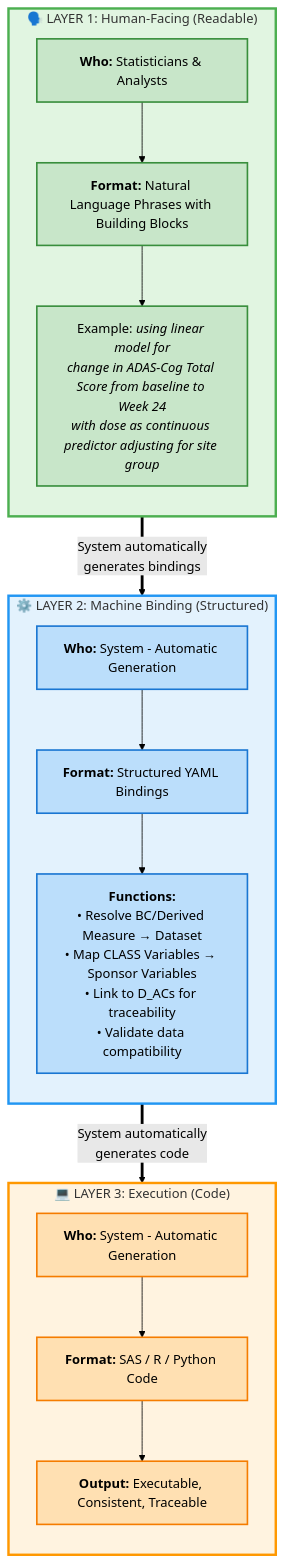
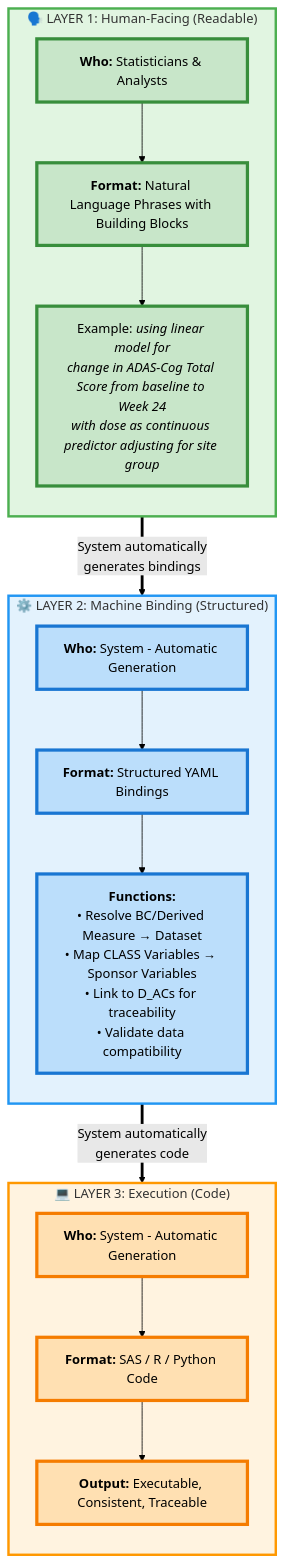
One commit to cdisc-org/analysis-concepts changed the diagram in neo4j/data/metadata/HYBRID_PHRASE_BASED_APPROACH.md. Above: the diagram before and after it, drawn with Mermaid (forest theme).

````diff
--- a/neo4j/data/metadata/HYBRID_PHRASE_BASED_APPROACH.md
+++ b/neo4j/data/metadata/HYBRID_PHRASE_BASED_APPROACH.md
@@ -15,41 +15,41 @@
 ```mermaid
 flowchart TD
     subgraph Layer1["🗣️ LAYER 1: Human-Facing (Readable)"]
         direction TB
         H1["<b>Who:</b> Statisticians & Analysts"]
         H2["<b>Format:</b> Natural Language Phrases with Building Blocks"]
         H3["Example: <i>using linear model for<br/>change in ADAS-Cog Total Score from baseline to Week 24<br/>with dose as continuous predictor adjusting for site group</i>"]
         H1 --> H2 --> H3
     end
 
     subgraph Layer2["⚙️ LAYER 2: Machine Binding (Structured)"]
         direction TB
         M1["<b>Who:</b> System - Automatic Generation"]
         M2["<b>Format:</b> Structured YAML Bindings"]
         M3["<b>Functions:</b><br/>• Resolve BC/Derived Measure → Dataset<br/>• Map CLASS Variables → Sponsor Variables<br/>• Link to D_ACs for traceability<br/>• Validate data compatibility"]
         M1 --> M2 --> M3
     end
 
     subgraph Layer3["💻 LAYER 3: Execution (Code)"]
         direction TB
         E1["<b>Who:</b> System - Automatic Generation"]
         E2["<b>Format:</b> SAS / R / Python Code"]
         E3["<b>Output:</b> Executable, Consistent, Traceable"]
         E1 --> E2 --> E3
     end
 
     Layer1 ==>|"System automatically<br/>generates bindings"| Layer2
     Layer2 ==>|"System automatically<br/>generates code"| Layer3
 
     style Layer1 fill:#e1f5e1,stroke:#4caf50,stroke-width:3px
     style Layer2 fill:#e3f2fd,stroke:#2196f3,stroke-width:3px
     style Layer3 fill:#fff3e0,stroke:#ff9800,stroke-width:3px
 
-    classDef humanBox fill:#c8e6c9,stroke:#388e3c,stroke-width:2px
-    classDef machineBox fill:#bbdefb,stroke:#1976d2,stroke-width:2px
-    classDef codeBox fill:#ffe0b2,stroke:#f57c00,stroke-width:2px
+    classDef humanBox fill:#c8e6c9,stroke:#388e3c,stroke-width:4px
+    classDef machineBox fill:#bbdefb,stroke:#1976d2,stroke-width:4px
+    classDef codeBox fill:#ffe0b2,stroke:#f57c00,stroke-width:4px
 
     class H1,H2,H3 humanBox
     class M1,M2,M3 machineBox
     class E1,E2,E3 codeBox
 ```
````
